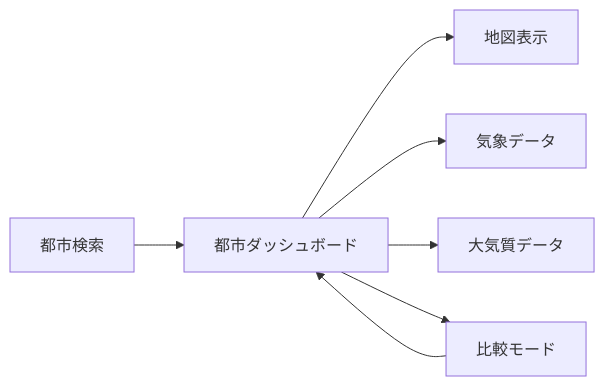
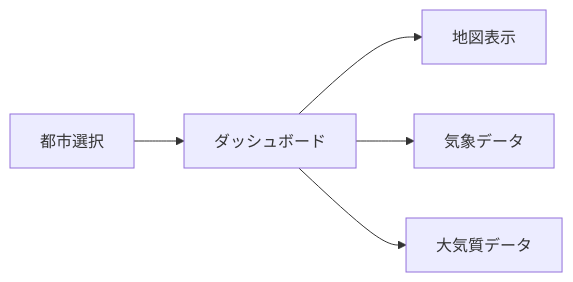
Before and after one commit to nemonsoon/city-observatory-web: the first of 3 diagrams in README.md, drawn with Mermaid. The commit also changed other lines of this file and 4 other files, not shown here.

````diff
--- a/README.md
+++ b/README.md
@@ -11,9 +11,7 @@
 ```mermaid
 flowchart LR
-  A[都市検索] --> B[都市ダッシュボード]
+  A[都市選択] --> B[ダッシュボード]
   B --> C[地図表示]
   B --> D[気象データ]
   B --> E[大気質データ]
-  B --> F[比較モード]
-  F --> B
 ```
````
